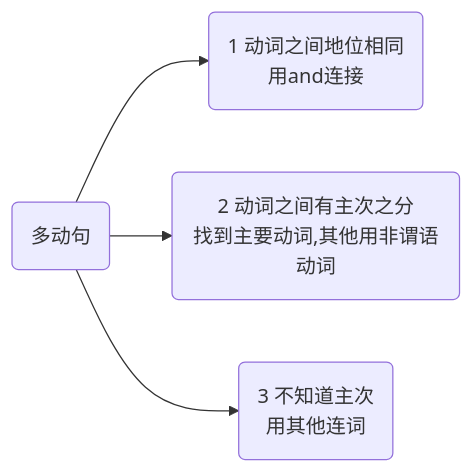
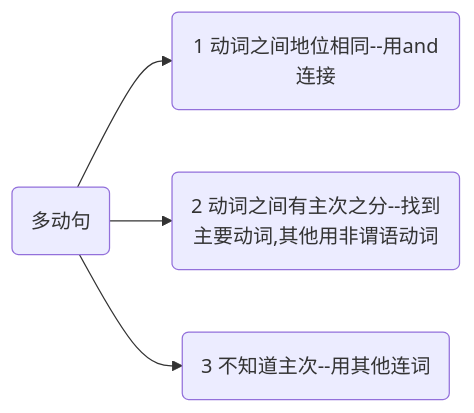
One commit to simoonp/little-project changed the fifth of 7 diagrams in 六级.md. Above: the diagram before and after it, drawn with Mermaid. The commit also changed other lines of this file, not shown here.

Commit message:
添加内容

````diff
--- a/六级.md
+++ b/六级.md
@@ -408,10 +408,10 @@
 ```mermaid
 graph LR;
 A(多动句)
-B(1 动词之间地位相同<br>用and连接)
-C(2 动词之间有主次之分<br>找到主要动词,其他用非谓语动词)
-D(3 不知道主次<br>用其他连词)
+B(1 动词之间地位相同--用and连接)
+C(2 动词之间有主次之分--找到主要动词,其他用非谓语动词)
+D(3 不知道主次--用其他连词)
 A-->B
 A-->C
 A-->D
 ```
````
